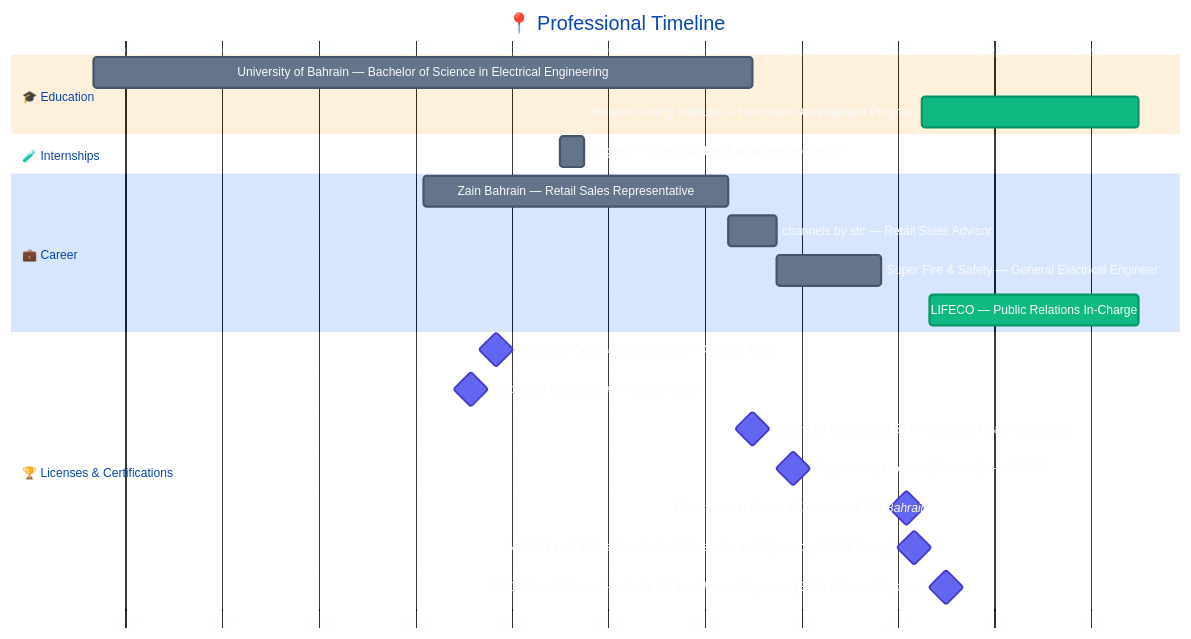
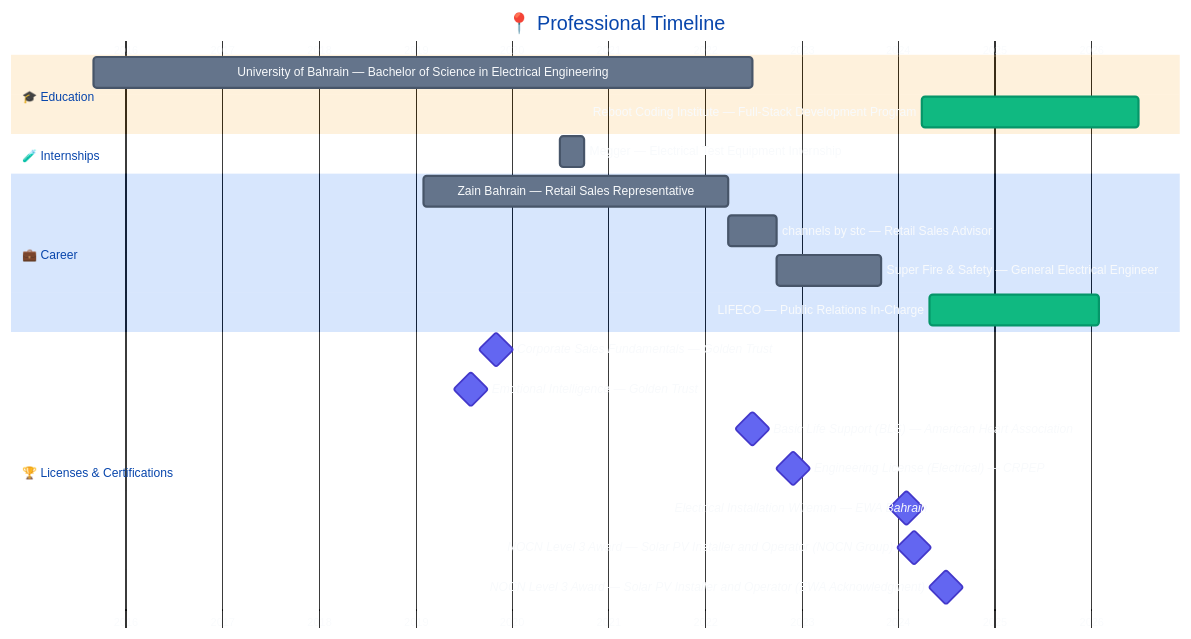
The diagram in README.md (sahmedhusain/sahmedhusain), drawn with Mermaid before and after one commit. The commit also changed other lines of this file, not shown here.

````diff
--- a/README.md
+++ b/README.md
@@ -263,62 +263,62 @@
 ```mermaid
 %%{init: {
   "theme": "base",
   "themeVariables": {
     "darkMode": true,
     "background": "#0f172a",
     "primaryColor": "#3b82f6",
     "lineColor": "#334155",
     "textColor": "#f8fafc",
     "fontSize": "15px",
     "fontFamily": "Inter, system-ui, sans-serif",
 
     "taskBkgColor": "#6366f1",
     "taskTextColor": "#e2e8f0",
     "taskBorderColor": "#4338ca",
 
     "activeTaskBkgColor": "#10b981",
     "activeTaskTextColor": "#ffffff",
     "activeTaskBorderColor": "#059669",
 
     "doneTaskBkgColor": "#64748b",
     "doneTaskTextColor": "#f1f5f9",
     "doneTaskBorderColor": "#475569",
 
     "milestoneBkgColor": "#f59e0b",
     "milestoneBorderColor": "#b45309"
   },
   "gantt": {
     "barHeight": 28,
     "barGap": 8,
     "topAxis": true,
     "leftAxis": true,
     "gridLineStartPadding": 35
   }
 }}%%
 gantt
 title 📍 Professional Timeline
 dateFormat  YYYY-MM-DD
 axisFormat  %Y
 
 section 🎓 Education
 University of Bahrain — Bachelor of Science in Electrical Engineering :done, edu1, 2015-09-01, 2022-06-30
 Reboot Coding Institute — Full-Stack Development Program :active, edu2, 2024-04-01, 2026-06-30
 
 section 🧪 Internships
 Megger — Electrical Test Equipment Internship :done, int1, 2020-07-01, 2020-09-30
 
 section 💼 Career
 Zain Bahrain — Retail Sales Representative :done, job1, 2019-02-01, 2022-03-31
 channels by stc — Retail Sales Advisor :done, job2, 2022-04-01, 2022-09-30
 Super Fire & Safety — General Electrical Engineer :done, job3, 2022-10-01, 2023-10-31
-LIFECO — Public Relations In-Charge :active, job4, 2024-05-01, 2026-06-30
+LIFECO — Public Relations In-Charge :active, job4, 2024-05-01, 2026-02-01
 
 section 🏆 Licenses & Certifications
 Corporate Sales Fundamentals — Golden Trust :milestone, cert1, 2019-11-01, 0d
 Emotional Intelligence — Golden Trust :milestone, cert2, 2019-08-01, 0d
 Basic Life Support (BLS) — American Heart Association :milestone, cert3, 2022-07-01, 0d
 Engineering License (Electrical) — CRPEP :milestone, cert4, 2022-12-01, 0d
 Electrical Installation Wireman — EWA Bahrain :milestone, cert5, 2024-02-01, 0d
 NOCN Level 3 Award — Solar PV Installer and Operator (NOCN Group) :milestone, cert6, 2024-03-01, 0d
 NOCN Level 3 Award — Solar PV Installer and Operator (EWA Acknowledgment) :milestone, cert7, 2024-07-01, 0d
 ```
````
